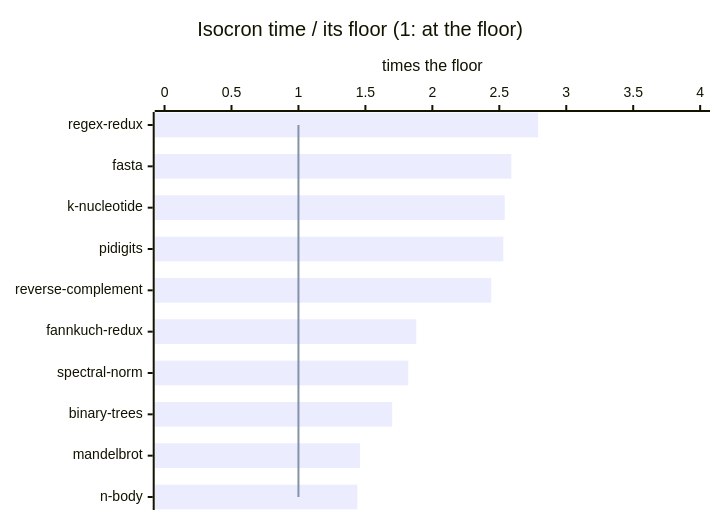
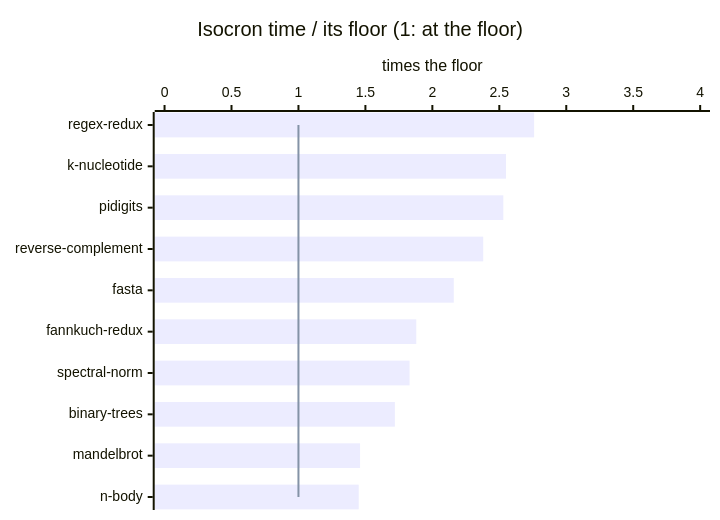
Before and after one commit to jbillard/isocron: the diagram in results/floors.md, drawn with Mermaid. The commit also changed other lines of this file and 14 other files, not shown here.

````diff
--- a/results/floors.md
+++ b/results/floors.md
@@ -36,8 +36,8 @@
 ```mermaid
 xychart-beta horizontal
     title "Isocron time / its floor (1: at the floor)"
-    x-axis ["regex-redux", "fasta", "k-nucleotide", "pidigits", "reverse-complement", "fannkuch-redux", "spectral-norm", "binary-trees", "mandelbrot", "n-body"]
+    x-axis ["regex-redux", "k-nucleotide", "pidigits", "reverse-complement", "fasta", "fannkuch-redux", "spectral-norm", "binary-trees", "mandelbrot", "n-body"]
     y-axis "times the floor" 0 --> 4
-    bar [2.79, 2.59, 2.54, 2.53, 2.44, 1.88, 1.82, 1.70, 1.46, 1.44]
+    bar [2.76, 2.55, 2.53, 2.38, 2.16, 1.88, 1.83, 1.72, 1.46, 1.45]
     line [1.00, 1.00, 1.00, 1.00, 1.00, 1.00, 1.00, 1.00, 1.00, 1.00]
 ```
````
